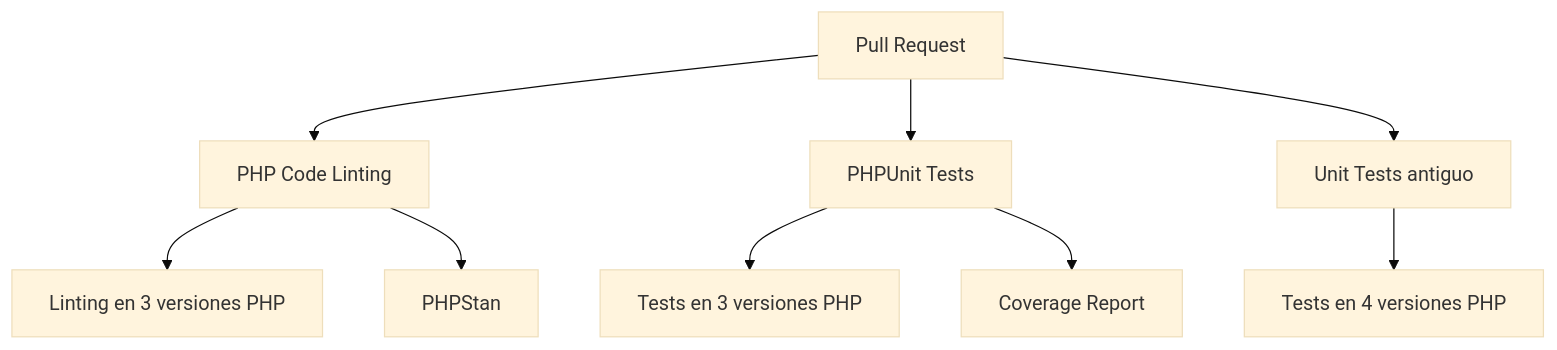
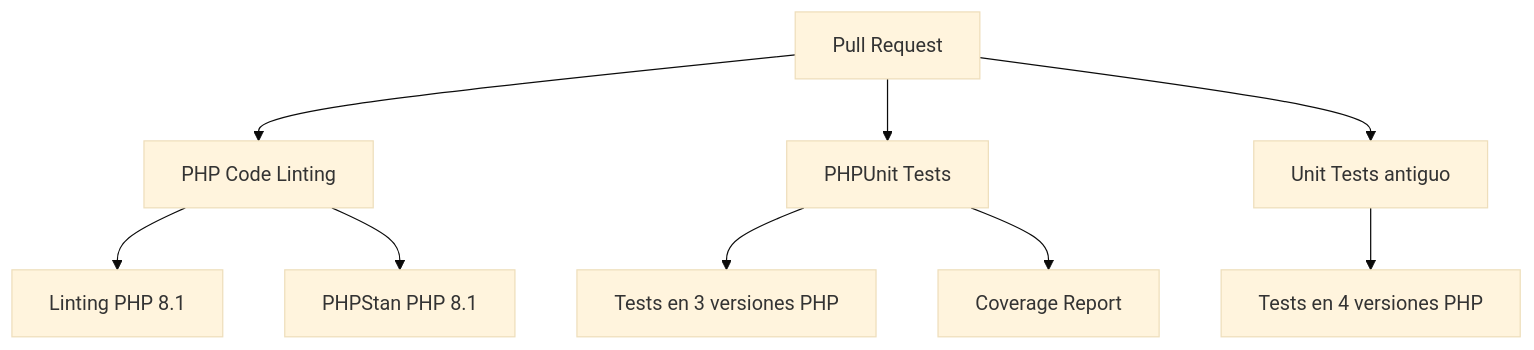
The second of 3 diagrams in .github/WORKFLOWS-SUMMARY.md (closemarketing/formscrm), drawn with Mermaid (base theme) before and after one commit. The commit also changed other lines of this file and 1 other file, not shown here.

Commit message:
refactor: Simplify linting workflow - run once instead of 3 PHP versions

````diff
--- a/.github/WORKFLOWS-SUMMARY.md
+++ b/.github/WORKFLOWS-SUMMARY.md
@@ -27,14 +25,14 @@
 ```mermaid
 graph TD
     A[Pull Request] --> B[PHP Code Linting]
     A --> C[PHPUnit Tests]
     A --> D[Unit Tests antiguo]
     
-    B --> B1[Linting en 3 versiones PHP]
-    B --> B2[PHPStan]
+    B --> B1[Linting PHP 8.1]
+    B --> B2[PHPStan PHP 8.1]
     
     C --> C1[Tests en 3 versiones PHP]
     C --> C2[Coverage Report]
     
     D --> D1[Tests en 4 versiones PHP]
 ```
````
